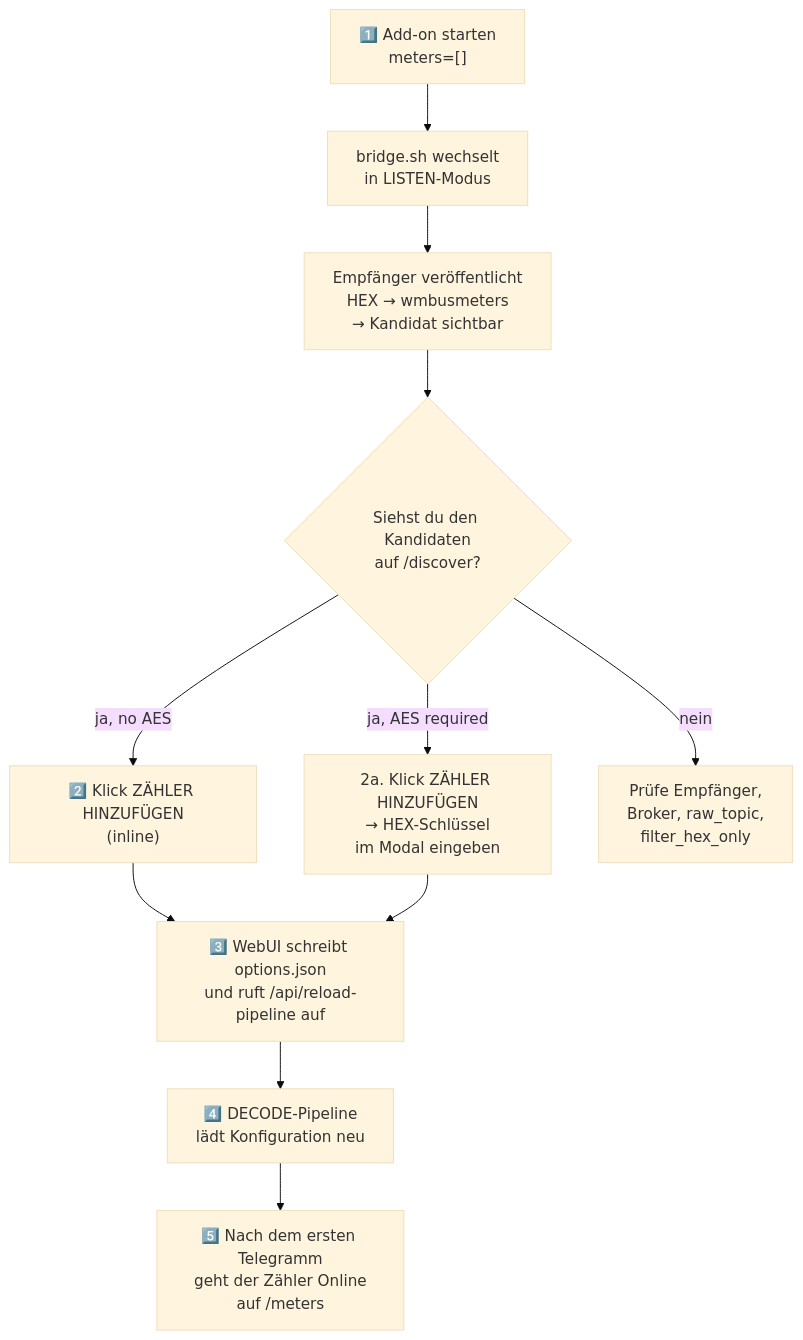
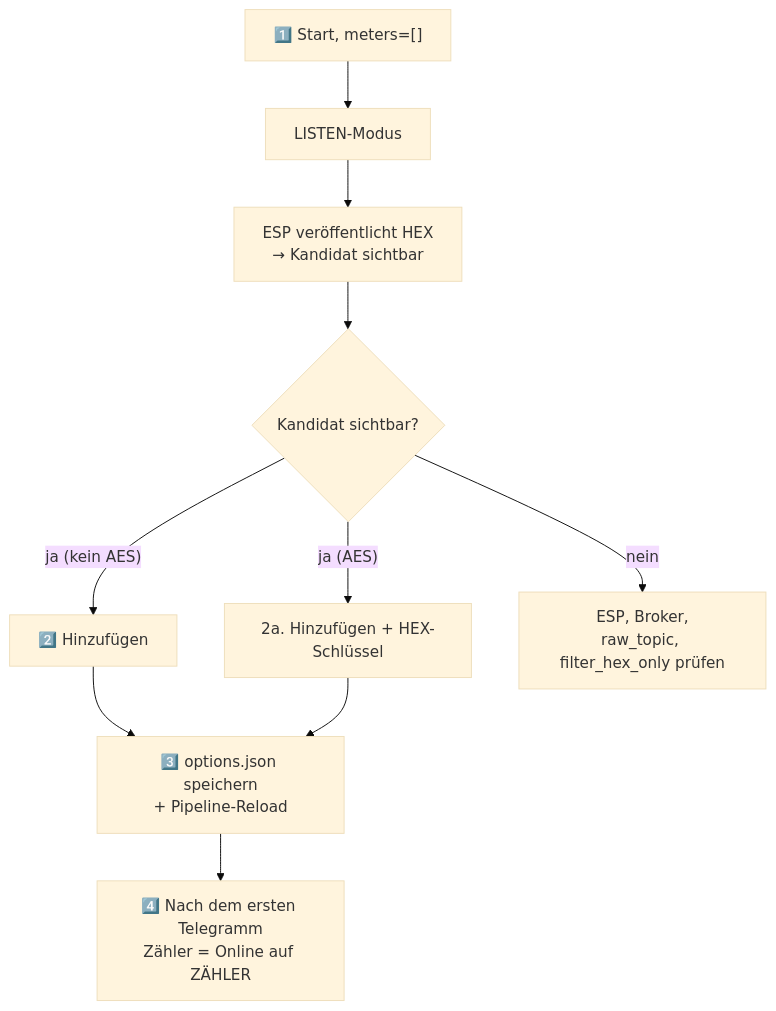
One commit to Kustonium/homeassistant-wmbus-mqtt-bridge-dev changed the second of 2 diagrams in docs/README.de.md. Above: the diagram before and after it, drawn with Mermaid (base theme). The commit also changed other lines of this file and 4 other files, not shown here.

First line of the commit message:
docs: slim README.{en,de,cs,sk} to user guides; link ARCHITECTURE.md from root

````diff
--- a/docs/README.de.md
+++ b/docs/README.de.md
@@ -321,13 +163,12 @@
 ```mermaid
 flowchart TD
-  A["1️⃣ Add-on starten<br/>meters=[]"] --> B["bridge.sh wechselt<br/>in LISTEN-Modus"]
-  B --> C["Empfänger veröffentlicht<br/>HEX → wmbusmeters<br/>→ Kandidat sichtbar"]
-  C --> D{"Siehst du den Kandidaten<br/>auf /discover?"}
-  D -- "ja, no AES" --> E["2️⃣ Klick ZÄHLER HINZUFÜGEN<br/>(inline)"]
-  D -- "ja, AES required" --> F["2a. Klick ZÄHLER HINZUFÜGEN<br/>→ HEX-Schlüssel<br/>im Modal eingeben"]
-  D -- "nein" --> G["Prüfe Empfänger,<br/>Broker, raw_topic,<br/>filter_hex_only"]
-  E --> H["3️⃣ WebUI schreibt options.json<br/>und ruft /api/reload-pipeline auf"]
+  A["1️⃣ Start, meters=[]"] --> B["LISTEN-Modus"]
+  B --> C["ESP veröffentlicht HEX<br/>→ Kandidat sichtbar"]
+  C --> D{"Kandidat sichtbar?"}
+  D -- "ja (kein AES)" --> E["2️⃣ Hinzufügen"]
+  D -- "ja (AES)" --> F["2a. Hinzufügen + HEX-Schlüssel"]
+  D -- "nein" --> G["ESP, Broker,<br/>raw_topic, filter_hex_only prüfen"]
+  E --> H["3️⃣ options.json speichern<br/>+ Pipeline-Reload"]
   F --> H
-  H --> I["4️⃣ DECODE-Pipeline<br/>lädt Konfiguration neu"]
-  I --> J["5️⃣ Nach dem ersten Telegramm<br/>geht der Zähler Online<br/>auf /meters"]
+  H --> I["4️⃣ Nach dem ersten Telegramm<br/>Zähler = Online auf ZÄHLER"]
 ```
````
